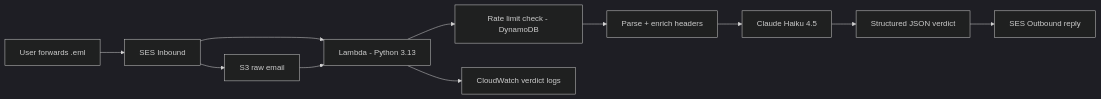
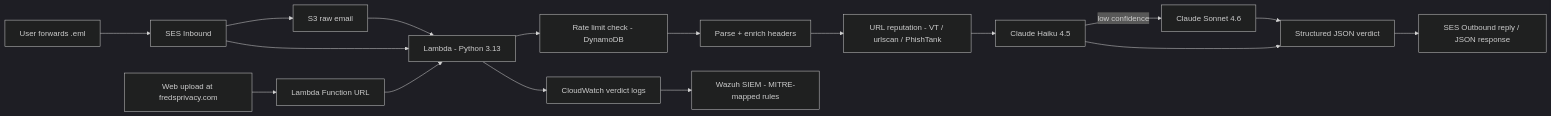
Before and after one commit to fredpord3/phish-analyzer: the diagram in README.md, drawn with Mermaid (dark theme). The commit also changed other lines of this file, not shown here.

````diff
--- a/README.md
+++ b/README.md
@@ -9,13 +9,19 @@
 ```mermaid
 flowchart LR
     A[User forwards .eml] --> B[SES Inbound]
+    W[Web upload at fredsprivacy.com] --> U[Lambda Function URL]
     B --> C[S3 raw email]
     B --> D[Lambda - Python 3.13]
+    U --> D
     C --> D
     D --> R[Rate limit check - DynamoDB]
     R --> E[Parse + enrich headers]
-    E --> F[Claude Haiku 4.5]
+    E --> T[URL reputation - VT / urlscan / PhishTank]
+    T --> F[Claude Haiku 4.5]
+    F -->|low confidence| F2[Claude Sonnet 4.6]
     F --> G[Structured JSON verdict]
-    G --> H[SES Outbound reply]
+    F2 --> G
+    G --> H[SES Outbound reply / JSON response]
     D --> I[CloudWatch verdict logs]
+    I --> Z[Wazuh SIEM - MITRE-mapped rules]
 ```
````
